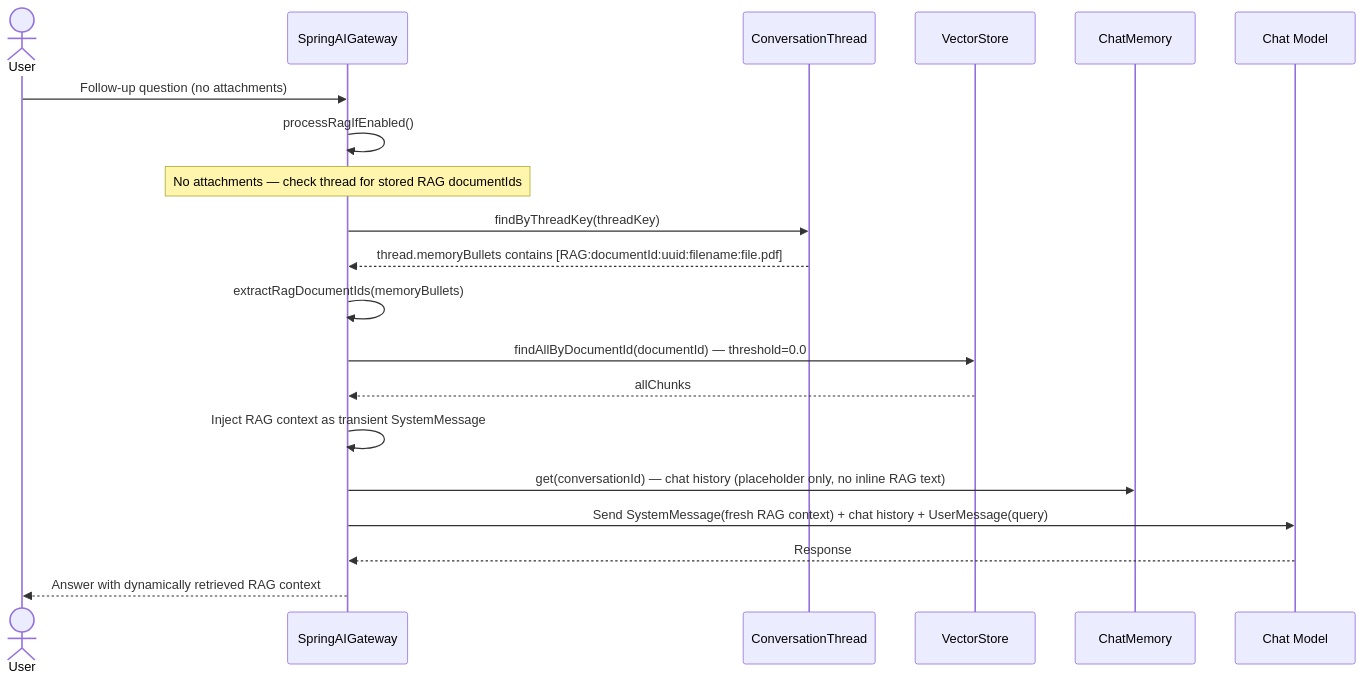
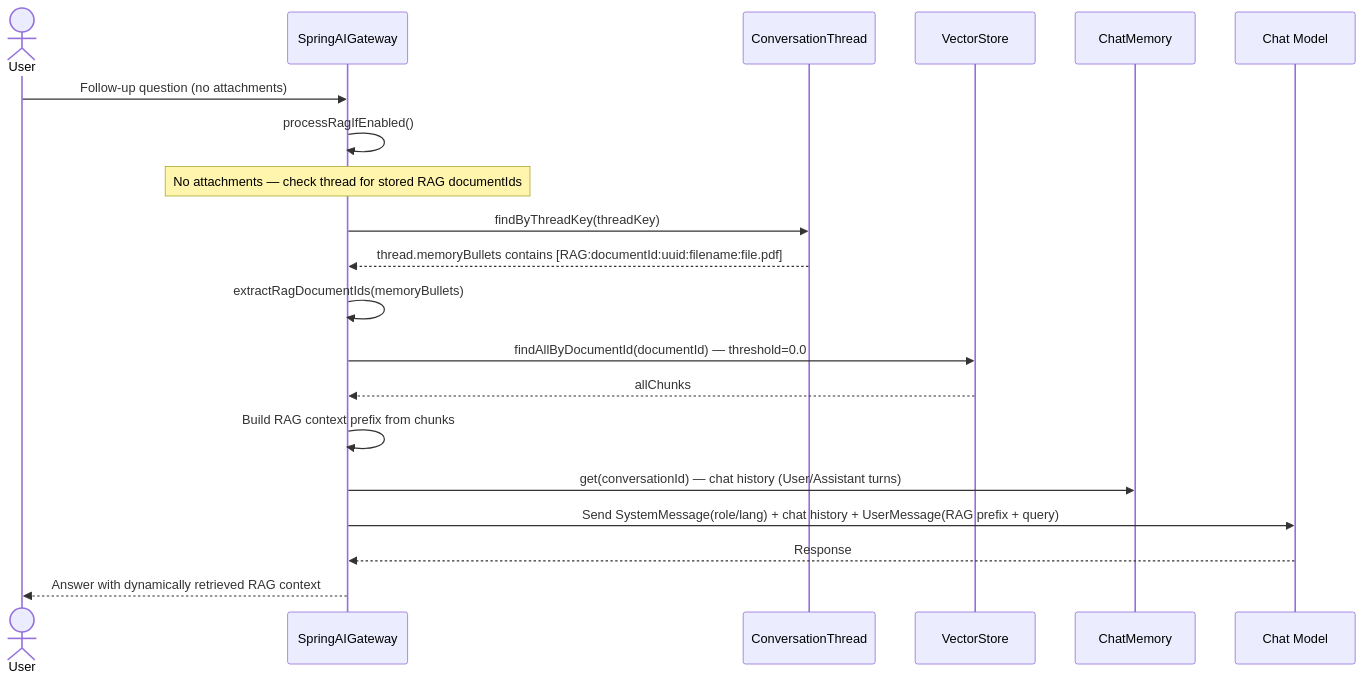
One commit to NGirchev/open-daimon changed the second of 2 diagrams in docs/usecases/image-pdf-vision-cache.md. Above: the diagram before and after it, drawn with Mermaid. The commit also changed other lines of this file and 10 other files, not shown here.

````diff
--- a/docs/usecases/image-pdf-vision-cache.md
+++ b/docs/usecases/image-pdf-vision-cache.md
@@ -67,28 +67,28 @@
 ```mermaid
 sequenceDiagram
     actor User
     participant GW as SpringAIGateway
     participant DB as ConversationThread
     participant VS as VectorStore
     participant Mem as ChatMemory
     participant Chat as Chat Model
 
     User->>GW: Follow-up question (no attachments)
 
     GW->>GW: processRagIfEnabled()
     Note over GW: No attachments — check thread for stored RAG documentIds
 
     GW->>DB: findByThreadKey(threadKey)
     DB-->>GW: thread.memoryBullets contains [RAG:documentId:uuid:filename:file.pdf]
 
     GW->>GW: extractRagDocumentIds(memoryBullets)
     GW->>VS: findAllByDocumentId(documentId) — threshold=0.0
     VS-->>GW: allChunks
 
-    GW->>GW: Inject RAG context as transient SystemMessage
-    GW->>Mem: get(conversationId) — chat history (placeholder only, no inline RAG text)
+    GW->>GW: Build RAG context prefix from chunks
+    GW->>Mem: get(conversationId) — chat history (User/Assistant turns)
 
-    GW->>Chat: Send SystemMessage(fresh RAG context) + chat history + UserMessage(query)
+    GW->>Chat: Send SystemMessage(role/lang) + chat history + UserMessage(RAG prefix + query)
     Chat-->>GW: Response
     GW-->>User: Answer with dynamically retrieved RAG context
 ```
````
